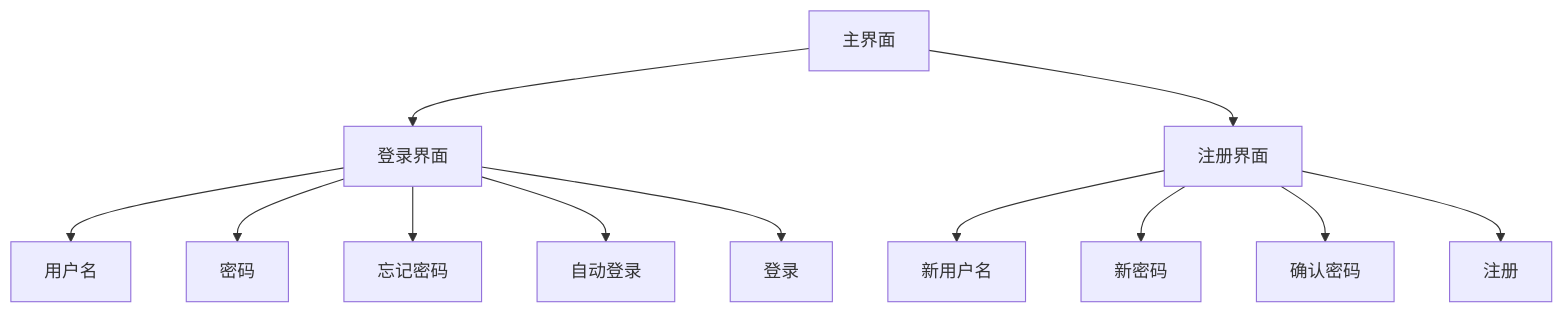
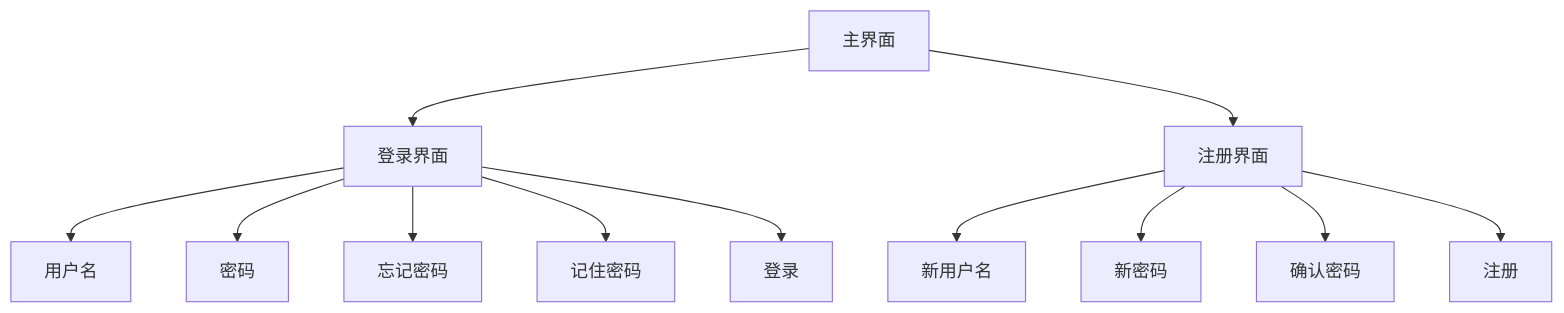
One commit to zhouzhouyou/ContractServer changed the first of 14 diagrams in document/前端页面.md. Above: the diagram before and after it, drawn with Mermaid. The commit also changed other lines of this file and 4 other files, not shown here.

````diff
--- a/document/前端页面.md
+++ b/document/前端页面.md
@@ -3,14 +3,14 @@
 ```mermaid
 graph TD;
 main[主界面]-->signIn[登录界面];
 signIn-->用户名;
 signIn-->密码;
 signIn-->忘记密码;
-signIn-->自动登录;
+signIn-->记住密码;
 signIn-->登录;
 main-->signUp[注册界面];
 signUp-->新用户名;
 signUp-->新密码;
 signUp-->确认密码;
 signUp-->注册;
 ```
````
